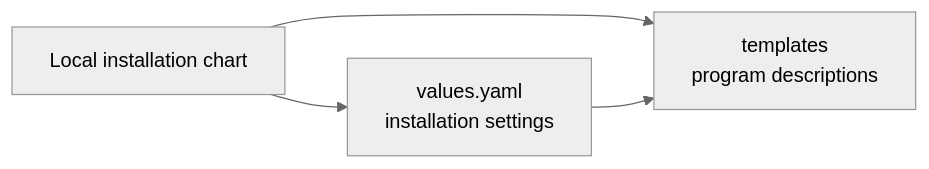
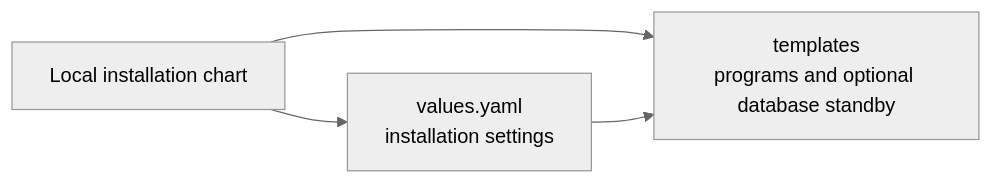
Before and after one commit to elewa-git/opencrane-new: the diagram in infra/package/chart/templates/README.md, drawn with Mermaid (neutral theme). The commit also changed other lines of this file and 13 other files, not shown here.

Commit message:
🗄️ Render PostgreSQL with an optional checked standby

````diff
--- a/infra/package/chart/templates/README.md
+++ b/infra/package/chart/templates/README.md
@@ -35,6 +39,6 @@
 ```mermaid
 flowchart LR
-  chart["Local installation chart"] --> templates["templates<br/>program descriptions"]
+  chart["Local installation chart"] --> templates["templates<br/>programs and optional database standby"]
   chart --> values["values.yaml<br/>installation settings"]
   values --> templates
 ```
````
